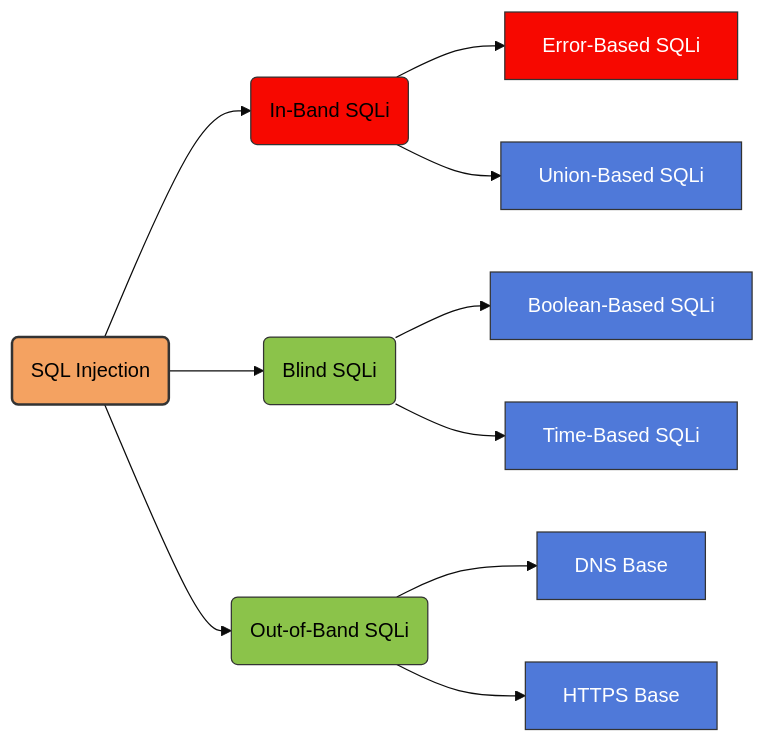
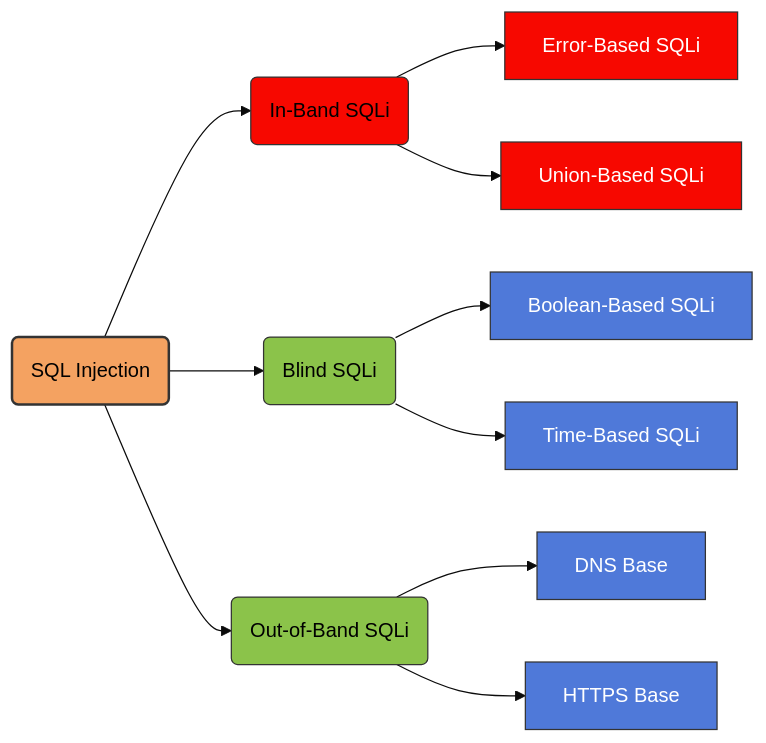
The diagram in content/Initial Access/OWASP/SQLI/In-Band SQLi.md (adolfcna/ATTvDEF), drawn with Mermaid (base theme) before and after one commit. The commit also changed other lines of this file, not shown here.

````diff
--- a/content/Initial Access/OWASP/SQLI/In-Band SQLi.md
+++ b/content/Initial Access/OWASP/SQLI/In-Band SQLi.md
@@ -9,45 +9,45 @@
 ```mermaid
 flowchart LR
 
 A(SQL Injection)
 
 B(In-Band SQLi)
 C(Blind SQLi)
 D(Out-of-Band SQLi)
 
 E[Error-Based SQLi]
 F[Union-Based SQLi]
 
 G[Boolean-Based SQLi]
 H[Time-Based SQLi]
 
 I[DNS Base]
 J[HTTPS Base]
 
 A --> B
 A --> C
 A --> D
 
 B --> E
 B --> F
 
 C --> G
 C --> H
 
 D --> I
 D --> J
 
 %% Styles
 style A fill:#f4a261,stroke:#333,stroke-width:2px,color:#000
 
 style B fill:#f70800,stroke:#333,stroke-width:1px,color:#000
 style C fill:#8bc34a,stroke:#333,stroke-width:1px,color:#000
 style D fill:#8bc34a,stroke:#333,stroke-width:1px,color:#000
 
 style E fill:#f70800,stroke:#333,stroke-width:1px,color:#fff
-style F fill:#4f79d9,stroke:#333,stroke-width:1px,color:#fff
+style F fill:#f70800,stroke:#333,stroke-width:1px,color:#fff
 style G fill:#4f79d9,stroke:#333,stroke-width:1px,color:#fff
 style H fill:#4f79d9,stroke:#333,stroke-width:1px,color:#fff
 style I fill:#4f79d9,stroke:#333,stroke-width:1px,color:#fff
 style J fill:#4f79d9,stroke:#333,stroke-width:1px,color:#fff
 ```
````
